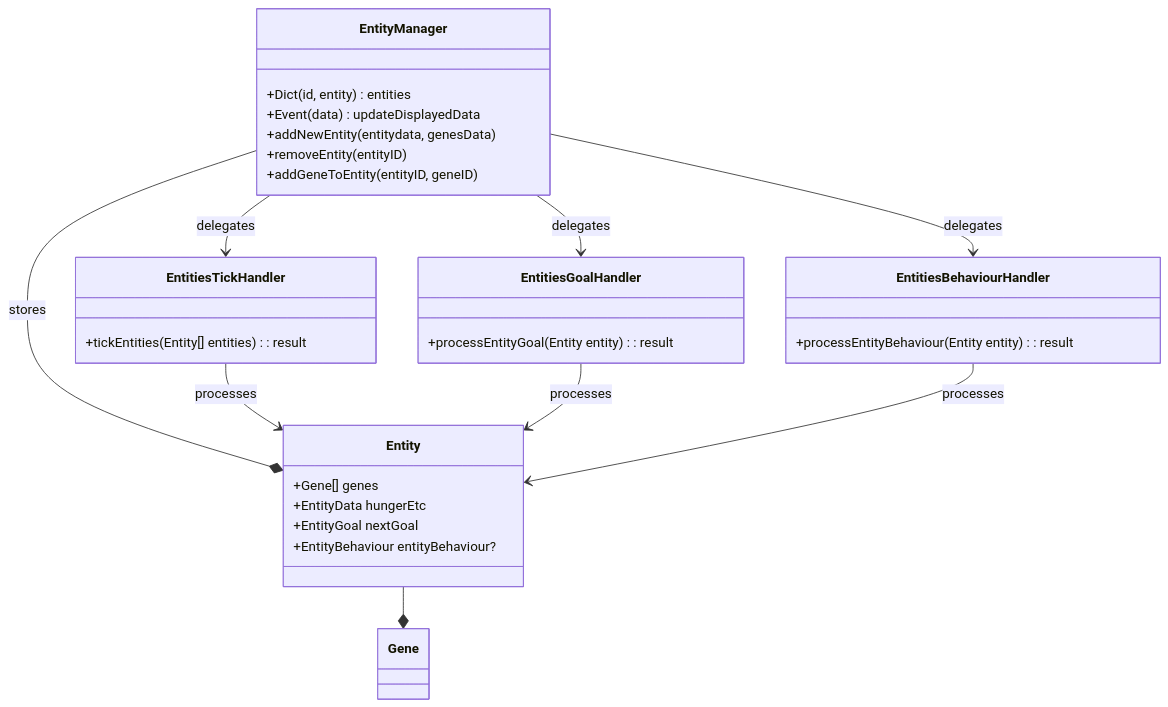
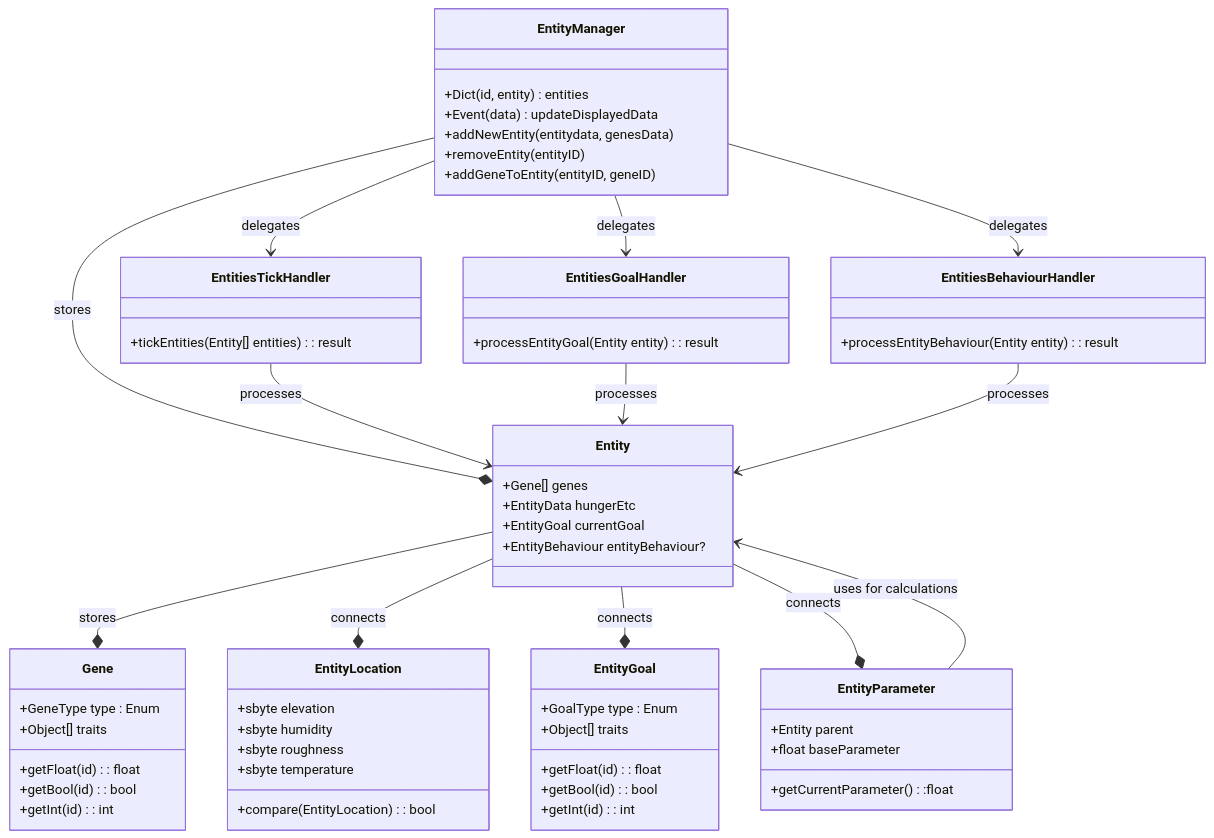
The third of 4 diagrams in TDD/TDD_Animals.md (Mephris/Wilder), drawn with Mermaid before and after one commit. The commit also changed other lines of this file and 9 other files, not shown here.

````diff
--- a/TDD/TDD_Animals.md
+++ b/TDD/TDD_Animals.md
@@ -44,43 +44,78 @@
 ```mermaid
 classDiagram
 
 class EntityManager{
 	+Dict(id, entity) entities
 	+Event(data) updateDisplayedData
 	
 	+addNewEntity(entitydata, genesData)
 	+removeEntity(entityID)
 	+addGeneToEntity(entityID, geneID)
 }
 
 class EntitiesTickHandler{
 	+tickEntities(Entity[] entities) : result
 }
 
 class EntitiesGoalHandler{
 	+processEntityGoal(Entity entity) : result
 }
 
 class EntitiesBehaviourHandler{
 	+processEntityBehaviour(Entity entity) : result
 }
 
 class Entity{
 	+Gene[] genes
 	+EntityData hungerEtc
-	+EntityGoal nextGoal
+	+EntityGoal currentGoal
 	+EntityBehaviour entityBehaviour?
+}
+
+class Gene{
+	+GeneType type : Enum
+	+Object[] traits
+	
+	+getFloat(id) : float
+	+getBool(id) : bool
+	+getInt(id) : int
+}
+
+class EntityLocation {
+	+sbyte elevation
+	+sbyte humidity
+	+sbyte roughness
+	+sbyte temperature
+	
+	+compare(EntityLocation) : bool
+}
+
+class EntityGoal {
+	+GoalType type : Enum
+	+Object[] traits
+	
+	+getFloat(id) : float
+	+getBool(id) : bool
+	+getInt(id) : int
+}
+
+class EntityParameter {
+	+Entity parent
+	+float baseParameter
+	
+	+getCurrentParameter():float
 }
 
 EntityManager --* Entity : stores
 EntityManager --> EntitiesGoalHandler : delegates
 EntityManager --> EntitiesTickHandler : delegates
 EntityManager --> EntitiesBehaviourHandler : delegates
 EntitiesTickHandler --> Entity : processes
 EntitiesGoalHandler --> Entity : processes
 EntitiesBehaviourHandler --> Entity : processes
-
-
-
-Entity --* Gene
+Entity --* Gene : stores
+Entity --* EntityLocation : connects
+Entity --* EntityGoal : connects
+Entity --* EntityParameter : connects
+EntityParameter -->  Entity : uses for calculations
 ```
````
